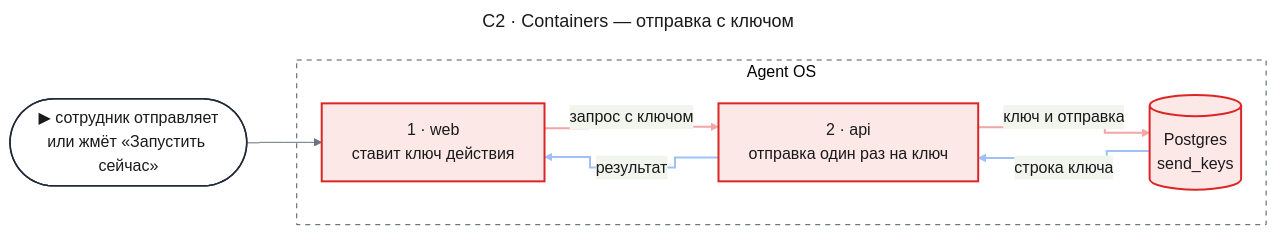
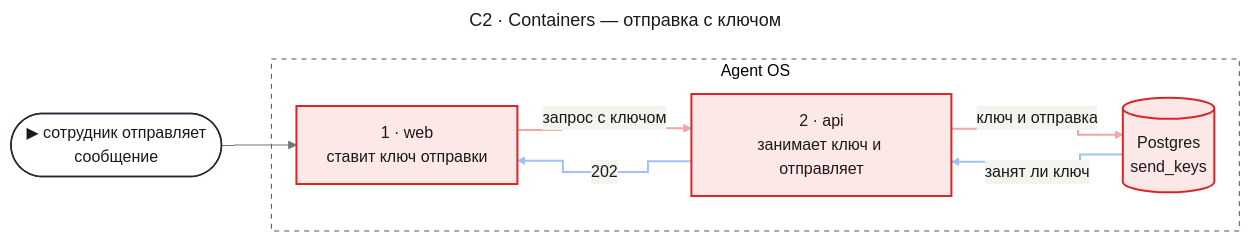
The first of 5 diagrams in docs/features/runtime-fixes/design-send.md (tundraray/agent-os), drawn with Mermaid before and after one commit. The commit also changed other lines of this file and 3 other files, not shown here.

````diff
--- a/docs/features/runtime-fixes/design-send.md
+++ b/docs/features/runtime-fixes/design-send.md
@@ -95,45 +94,45 @@
 ```mermaid
 ---
 title: "C2 · Containers — отправка с ключом"
 config:
   theme: base
   look: classic
   themeVariables:
     primaryColor: "#eef1f5"
     primaryBorderColor: "#4b5563"
     primaryTextColor: "#1a1a1a"
     lineColor: "#6b7280"
   flowchart:
     curve: step
   themeCSS: |
     @keyframes lit_c2send{0%,22.5%{stroke:#991b1b;stroke-width:6px}25%,100%{stroke:#f4a5a5;stroke-width:2px}}
     @keyframes litr_c2send{0%,22.5%{stroke:#1d4ed8;stroke-width:6px}25%,100%{stroke:#9ec1f7;stroke-width:2px}}
 ---
 flowchart LR
-    entry(["▶ сотрудник отправляет<br/>или жмёт «Запустить сейчас»"])
+    entry(["▶ сотрудник отправляет<br/>сообщение"])
     subgraph aos["Agent OS"]
-        web["1 · web<br/>ставит ключ действия"]
-        api["2 · api<br/>отправка один раз на ключ"]
+        web["1 · web<br/>ставит ключ отправки"]
+        api["2 · api<br/>занимает ключ и отправляет"]
         db[("Postgres<br/>send_keys")]
     end
     entry --> web
     web e1@-->|"запрос с ключом"| api
     api e2@-->|"ключ и отправка"| db
-    db e3@-->|"строка ключа"| api
-    api e4@-->|"результат"| web
+    db e3@-->|"занят ли ключ"| api
+    api e4@-->|"202"| web
     classDef entry fill:#ffffff,stroke:#1f2937,stroke-width:1.5px,color:#1a1a1a
     classDef changed fill:#fde8e8,stroke:#dc2626,stroke-width:2px,color:#1a1a1a
     classDef new fill:#e6f4ea,stroke:#16a34a,stroke-width:2px,color:#1a1a1a
     classDef unchanged fill:#eef1f5,stroke:#4b5563,stroke-width:1.5px,color:#1a1a1a
     classDef w1 stroke:#f4a5a5,stroke-width:2px,animation:lit_c2send 4.8s linear 0s infinite
     classDef w2 stroke:#f4a5a5,stroke-width:2px,animation:lit_c2send 4.8s linear 1.2s infinite
     classDef r1 stroke:#9ec1f7,stroke-width:2px,animation:litr_c2send 4.8s linear 2.4s infinite
     classDef r2 stroke:#9ec1f7,stroke-width:2px,animation:litr_c2send 4.8s linear 3.6s infinite
     class entry entry
     class web,api,db changed
     class e1 w1
     class e2 w2
     class e3 r1
     class e4 r2
     style aos fill:none,stroke:#4b5563,stroke-dasharray:5 5
 ```
````
